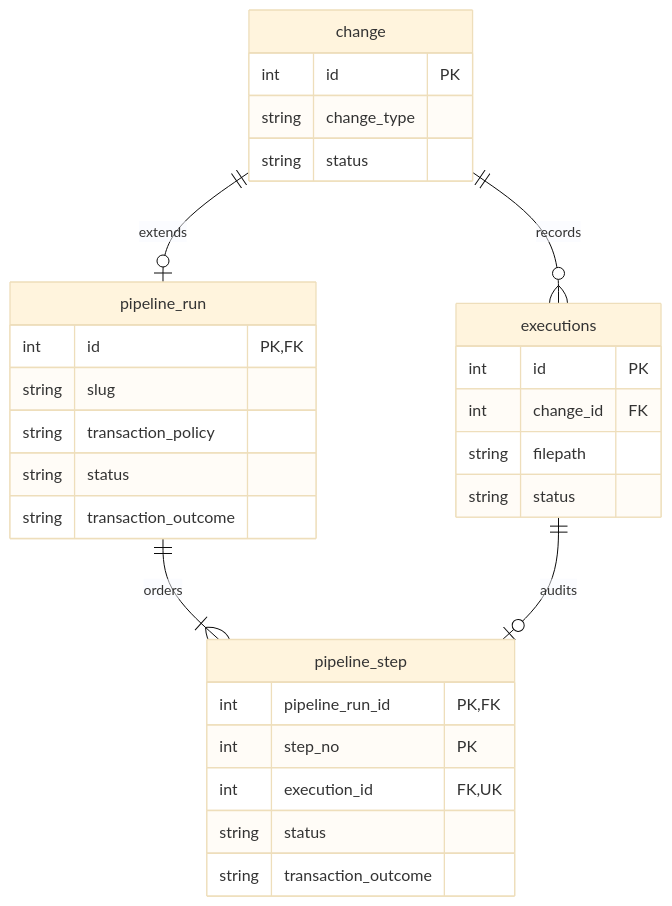
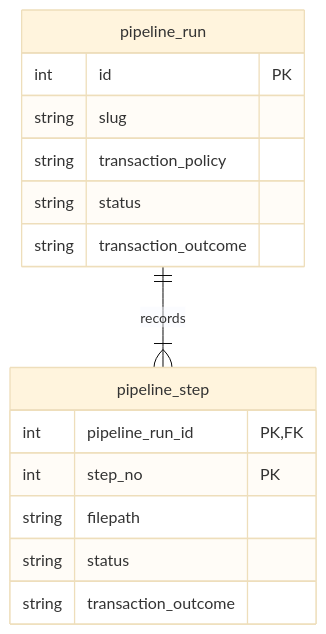
One commit to noormdev/noorm changed the second of 3 diagrams in docs/design/sql-pipelines.md. Above: the diagram before and after it, drawn with Mermaid (base theme). The commit also changed other lines of this file and 31 other files, not shown here.

Commit message:
docs: separate pipeline history and refine execution model

````diff
--- a/docs/design/sql-pipelines.md
+++ b/docs/design/sql-pipelines.md
@@ -179,33 +187,19 @@
 ```mermaid
 erDiagram
-    change ||--o{ executions : records
-    change ||--o| pipeline_run : extends
-    pipeline_run ||--|{ pipeline_step : orders
-    executions ||--o| pipeline_step : audits
+    pipeline_run ||--|{ pipeline_step : records
 
-    change {
+    pipeline_run {
         int id PK
-        string change_type
-        string status
-    }
-    executions {
-        int id PK
-        int change_id FK
-        string filepath
-        string status
-    }
-    pipeline_run {
-        int id PK,FK
         string slug
         string transaction_policy
         string status
         string transaction_outcome
     }
     pipeline_step {
         int pipeline_run_id PK,FK
         int step_no PK
-        int execution_id FK,UK
+        string filepath
         string status
         string transaction_outcome
     }
 ```
````
